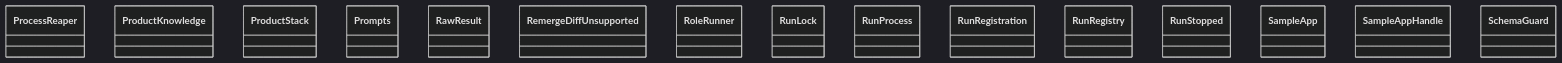
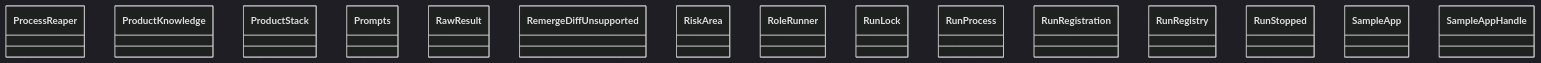
One commit to GonzaloZevallos/agentic-system changed the diagram in docs/architecture/generated/classes-process-application-support-4.md. Above: the diagram before and after it, drawn with Mermaid (dark theme). The commit also changed other lines of this file and 15 other files, not shown here.

````diff
--- a/docs/architecture/generated/classes-process-application-support-4.md
+++ b/docs/architecture/generated/classes-process-application-support-4.md
@@ -17,18 +17,18 @@
 ```mermaid
 classDiagram
     class ports__ProcessReaper["ProcessReaper"]
     class ports__ProductKnowledge["ProductKnowledge"]
     class ports__ProductStack["ProductStack"]
     class ports__Prompts["Prompts"]
     class ports__RawResult["RawResult"]
     class ports__RemergeDiffUnsupported["RemergeDiffUnsupported"]
+    class ports__RiskArea["RiskArea"]
     class ports__RoleRunner["RoleRunner"]
     class ports__RunLock["RunLock"]
     class ports__RunProcess["RunProcess"]
     class ports__RunRegistration["RunRegistration"]
     class ports__RunRegistry["RunRegistry"]
     class ports__RunStopped["RunStopped"]
     class ports__SampleApp["SampleApp"]
     class ports__SampleAppHandle["SampleAppHandle"]
-    class ports__SchemaGuard["SchemaGuard"]
 ```
````
